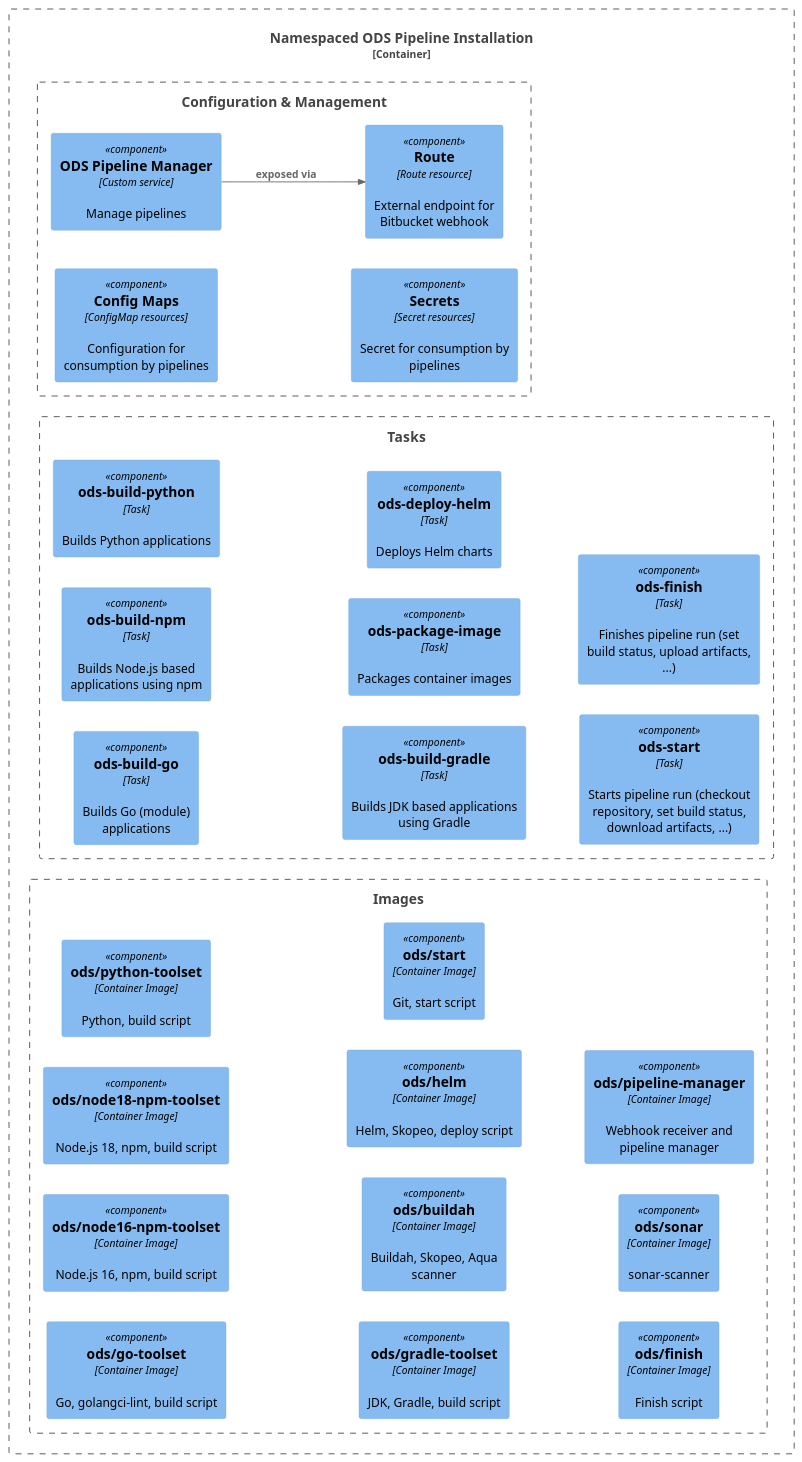
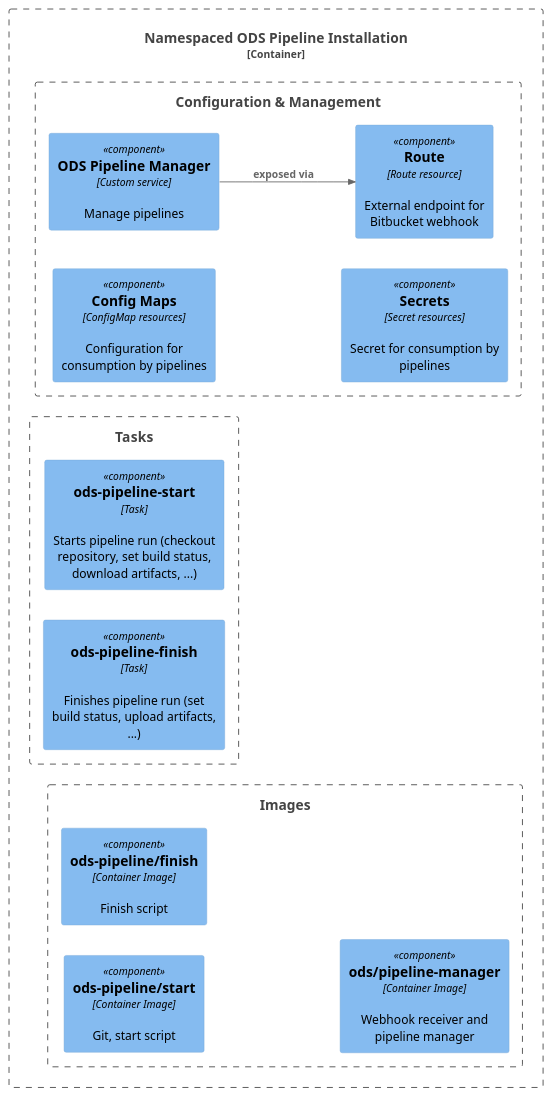
Before and after one commit to opendevstack/ods-pipeline: the diagram in docs/architecture/component-namespaced-installation.puml, drawn with PlantUML. The commit also changed 22 other files, not shown here.

```diff
--- a/docs/architecture/component-namespaced-installation.puml
+++ b/docs/architecture/component-namespaced-installation.puml
@@ -1,49 +1,35 @@
 @startuml "namespaced-installation"
 !include https://raw.githubusercontent.com/plantuml-stdlib/C4-PlantUML/master/C4.puml
 !include https://raw.githubusercontent.com/plantuml-stdlib/C4-PlantUML/master/C4_Container.puml
 !include https://raw.githubusercontent.com/plantuml-stdlib/C4-PlantUML/master/C4_Component.puml
 ' uncomment the following line and comment the first to use locally
 ' !include C4_Container.puml
 
 LAYOUT_LEFT_RIGHT()
 
 Container_Boundary(c1, "Namespaced ODS Pipeline Installation"){
     Boundary(config, "Configuration & Management") {
         Component(route, "Route", "Route resource", "External endpoint for Bitbucket webhook")
         Component(ods_pipeline_manager, "ODS Pipeline Manager", "Custom service", "Manage pipelines")
         Component(config_maps, "Config Maps", "ConfigMap resources", "Configuration for consumption by pipelines")
         Component(secrets, "Secrets", "Secret resources", "Secret for consumption by pipelines")
     }
 
     Boundary(tasks, "Tasks") {
-        Component(task_build_go, "ods-build-go", "Task", "Builds Go (module) applications")
-        Component(task_build_npm, "ods-build-npm", "Task", "Builds Node.js based applications using npm")
-        Component(task_build_python, "ods-build-python", "Task", "Builds Python applications")
-        Component(task_build_gradle, "ods-build-gradle", "Task", "Builds JDK based applications using Gradle")
-        Component(task_package_image, "ods-package-image", "Task", "Packages container images")
-        Component(task_deploy_helm, "ods-deploy-helm", "Task", "Deploys Helm charts")
-        Component(task_start, "ods-start", "Task", "Starts pipeline run (checkout repository, set build status, download artifacts, ...)")
-        Component(task_finish, "ods-finish", "Task", "Finishes pipeline run (set build status, upload artifacts, ...)")
+        Component(task_start, "ods-pipeline-start", "Task", "Starts pipeline run (checkout repository, set build status, download artifacts, ...)")
+        Component(task_finish, "ods-pipeline-finish", "Task", "Finishes pipeline run (set build status, upload artifacts, ...)")
     }
 
     Boundary(images, "Images") {
-        Component(image_go_toolset, "ods/go-toolset", "Container Image", "Go, golangci-lint, build script")
-        Component(image_node16_npm_toolset, "ods/node16-npm-toolset", "Container Image", "Node.js 16, npm, build script")
-        Component(image_node18_npm_toolset, "ods/node18-npm-toolset", "Container Image", "Node.js 18, npm, build script")
-        Component(image_python_toolset, "ods/python-toolset", "Container Image", "Python, build script")
-        Component(image_gradle_toolset, "ods/gradle-toolset", "Container Image", "JDK, Gradle, build script")
-        Component(image_buildah, "ods/buildah", "Container Image", "Buildah, Skopeo, Aqua scanner")
-        Component(image_helm, "ods/helm", "Container Image", "Helm, Skopeo, deploy script")
-        Component(image_start, "ods/start", "Container Image", "Git, start script")
-        Component(image_finish, "ods/finish", "Container Image", "Finish script")
-        Component(image_sonar, "ods/sonar", "Container Image", "sonar-scanner")
+        Component(image_start, "ods-pipeline/start", "Container Image", "Git, start script")
+        Component(image_finish, "ods-pipeline/finish", "Container Image", "Finish script")
         Component(image_pipeline_manager, "ods/pipeline-manager", "Container Image", "Webhook receiver and pipeline manager")
     }
 
 }
 
 Rel(ods_pipeline_manager, route, "exposed via")
 
 config_maps -[hidden]- secrets
 
 @enduml
```
